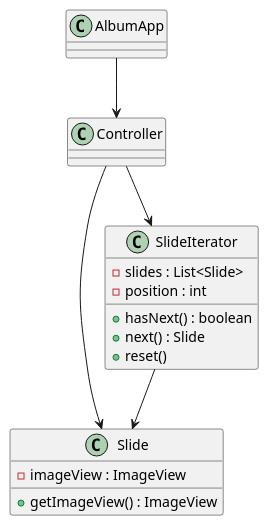
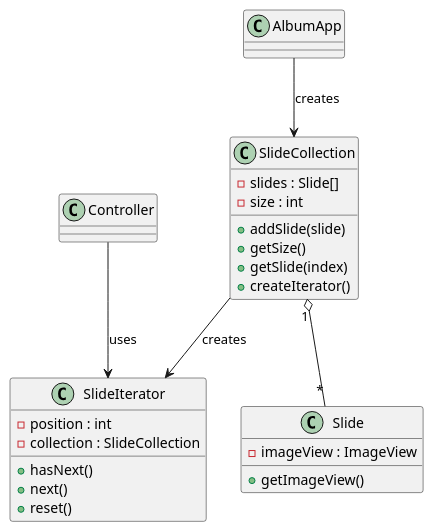
The diagram in src/uml/class_diagram.puml (Titan0zxc/AlbumImpressions-2.0), drawn with PlantUML before and after one commit. The commit also changed 10 other files, not shown here.

```diff
--- a/src/uml/class_diagram.puml
+++ b/src/uml/class_diagram.puml
@@ -1,20 +1,31 @@
 @startuml
-class AlbumApp
-class Controller
 class Slide {
-  -imageView : ImageView
-  +getImageView() : ImageView
-}
-class SlideIterator {
-  -slides : List<Slide>
-  -position : int
-  +hasNext() : boolean
-  +next() : Slide
-  +reset()
+  - imageView : ImageView
+  + getImageView()
 }
 
-AlbumApp --> Controller
-Controller --> SlideIterator
-Controller --> Slide
-SlideIterator --> Slide
+class SlideCollection {
+  - slides : Slide[]
+  - size : int
+  + addSlide(slide)
+  + getSize()
+  + getSlide(index)
+  + createIterator()
+}
+
+class SlideIterator {
+  - position : int
+  - collection : SlideCollection
+  + hasNext()
+  + next()
+  + reset()
+}
+
+class Controller
+class AlbumApp
+
+SlideCollection "1" o-- "*" Slide
+SlideCollection --> SlideIterator : creates
+Controller --> SlideIterator : uses
+AlbumApp --> SlideCollection : creates
 @enduml
```
